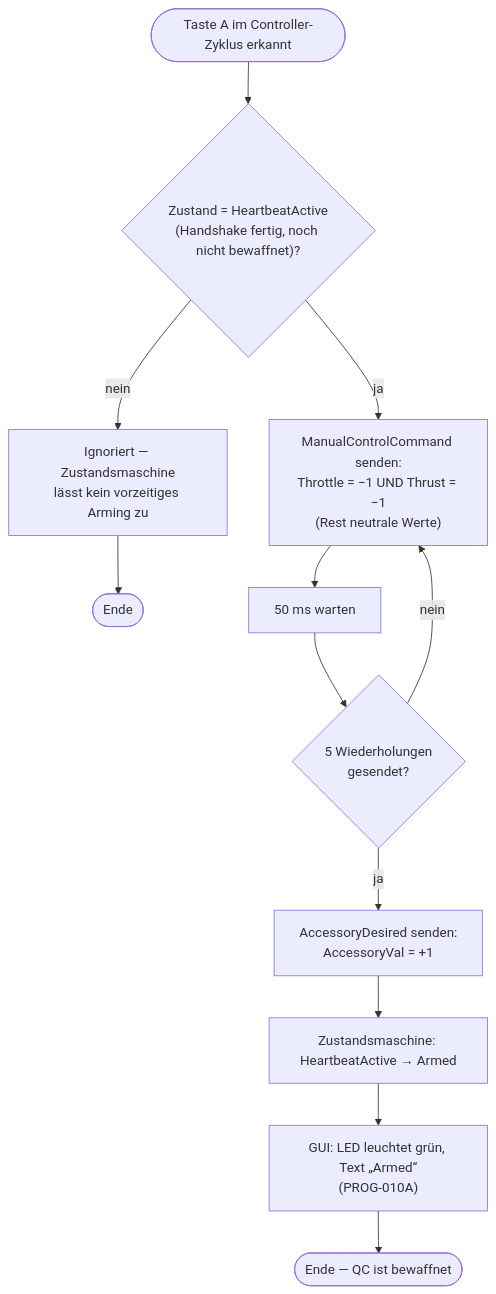
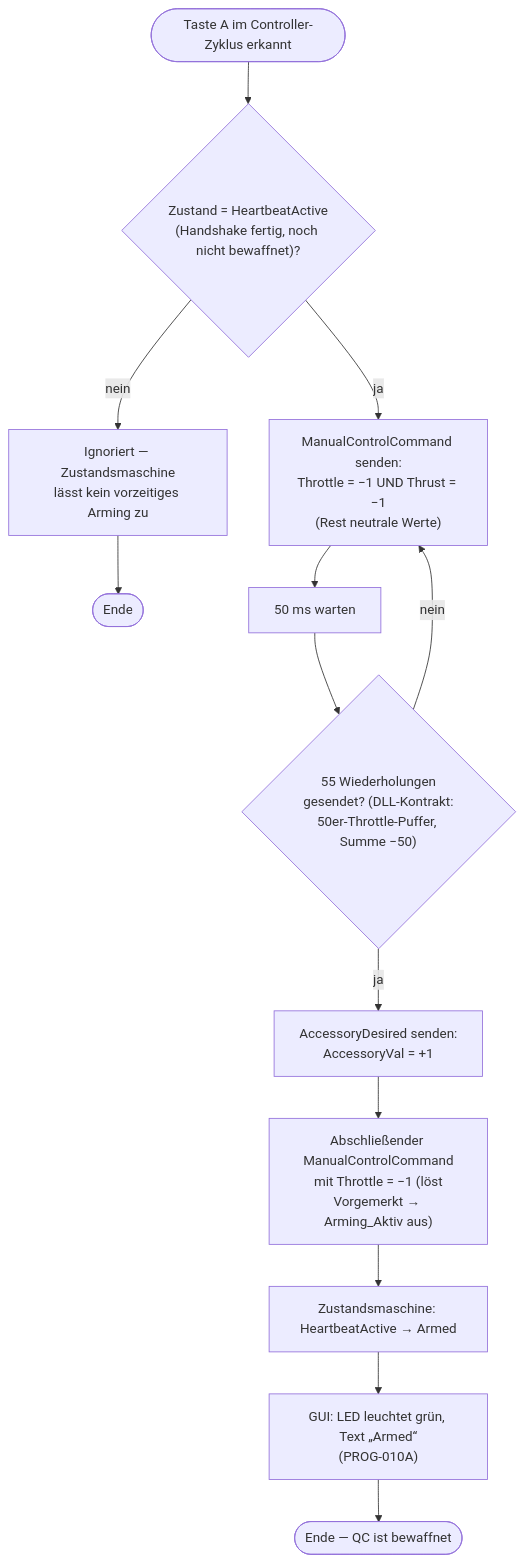
Before and after one commit to Theseus2085/ipe-quadrocopter: the second of 4 diagrams in docs/programmablaufplan.md, drawn with Mermaid. The commit also changed 10 other files, not shown here.

````diff
--- a/docs/programmablaufplan.md
+++ b/docs/programmablaufplan.md
@@ -42,13 +42,14 @@
 ```mermaid
 flowchart TD
     S(["Taste A im Controller-Zyklus erkannt"]) --> Q{"Zustand = HeartbeatActive<br/>(Handshake fertig, noch nicht bewaffnet)?"}
     Q -- "nein" --> X["Ignoriert — Zustandsmaschine<br/>lässt kein vorzeitiges Arming zu"] --> E(["Ende"])
     Q -- "ja" --> L1["ManualControlCommand senden:<br/>Throttle = −1 UND Thrust = −1<br/>(Rest neutrale Werte)"]
     L1 --> W["50 ms warten"]
-    W --> C2{"5 Wiederholungen<br/>gesendet?"}
+    W --> C2{"55 Wiederholungen<br/>gesendet? (DLL-Kontrakt:<br/>50er-Throttle-Puffer, Summe −50)"}
     C2 -- "nein" --> L1
     C2 -- "ja" --> A1["AccessoryDesired senden:<br/>AccessoryVal = +1"]
-    A1 --> ST["Zustandsmaschine: HeartbeatActive → Armed"]
+    A1 --> F1["Abschließender ManualControlCommand<br/>mit Throttle = −1 (löst<br/>Vorgemerkt → Arming_Aktiv aus)"]
+    F1 --> ST["Zustandsmaschine: HeartbeatActive → Armed"]
     ST --> GUI["GUI: LED leuchtet grün, Text „Armed“<br/>(PROG-010A)"]
     GUI --> E2(["Ende — QC ist bewaffnet"])
 ```
````
